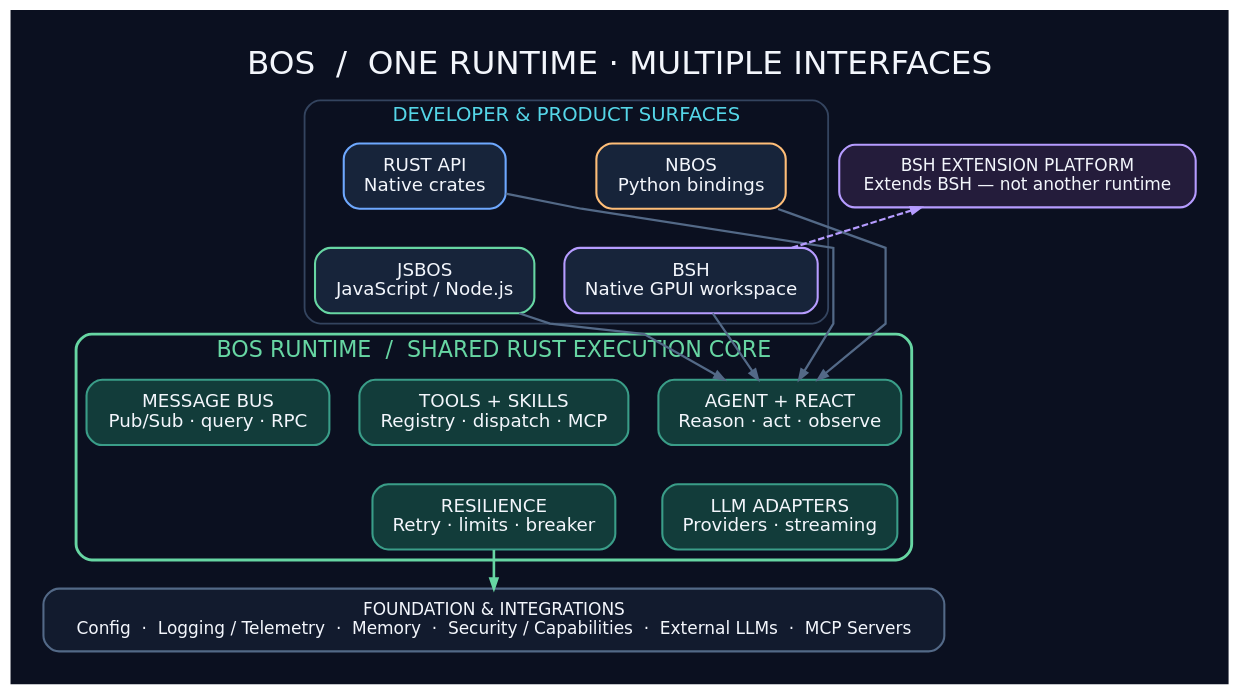
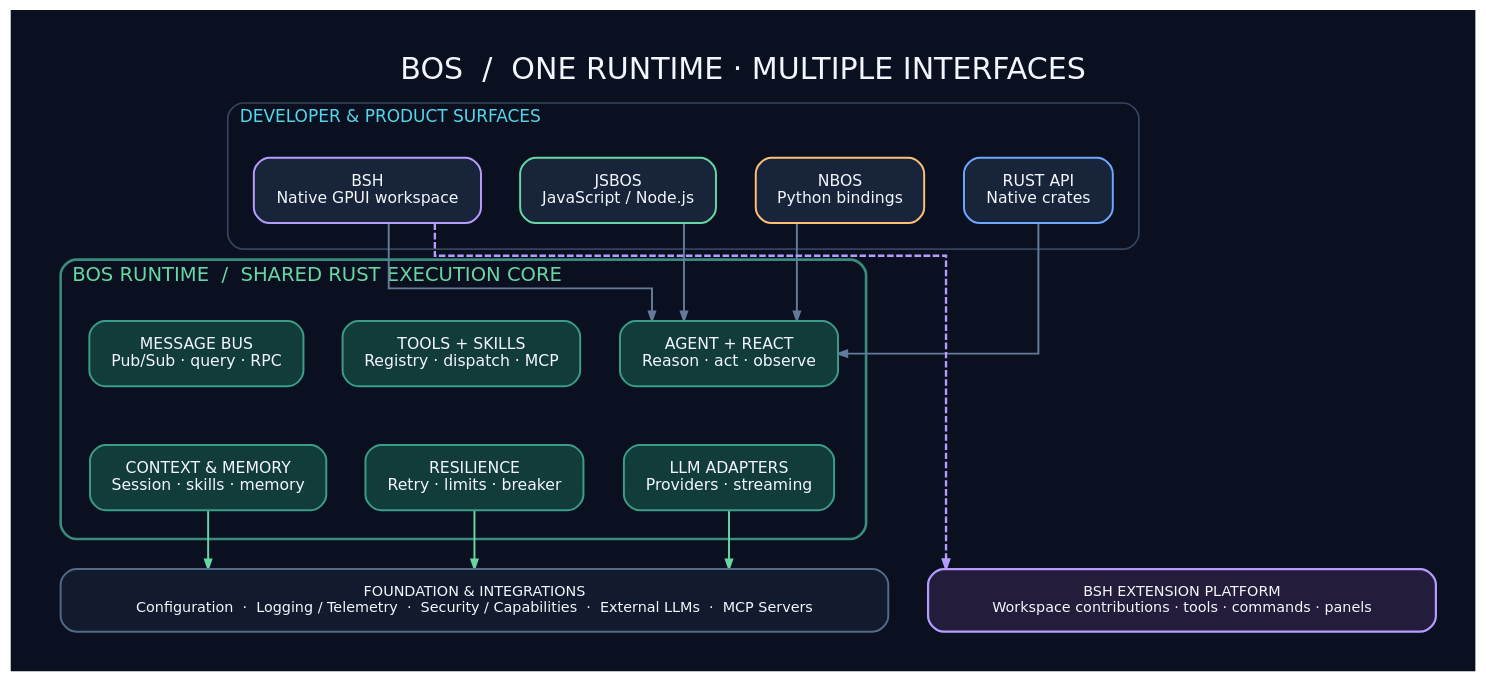
One commit to open1s/bos changed the diagram in docs/diagrams/bos-architecture.dot. Above: the diagram before and after it, drawn with Graphviz. The commit also changed 2 other files, not shown here.

Commit message:
docs: refine architecture diagram layouts (#81)
* docs: improve diagram hierarchy and layout

* docs: improve diagram hierarchy and layout

* docs: improve diagram hierarchy and layout

```diff
--- a/docs/diagrams/bos-architecture.dot
+++ b/docs/diagrams/bos-architecture.dot
@@ -1,28 +1,65 @@
 digraph BOS {
-  graph [bgcolor="#0B1020", pad="0.35", rankdir=TB, nodesep="0.32", ranksep="0.42", splines=polyline, compound=true, fontname="DejaVu Sans", label="BOS  /  ONE RUNTIME · MULTIPLE INTERFACES", labelloc=t, fontsize=25, fontcolor="#F3F6FC"];
-  node [shape=box, style="rounded,filled", fontname="DejaVu Sans", fontsize=14, margin="0.22,0.14", color="#3B506F", fillcolor="#17243A", fontcolor="#F3F6FC", penwidth=1.6];
-  edge [color="#536987", penwidth=1.7, arrowsize=0.75];
-  subgraph cluster_surface { label="DEVELOPER & PRODUCT SURFACES"; color="#34445F"; fontcolor="#55D6E8"; fontsize=15; style="rounded"; penwidth=1.4;
+  graph [
+    bgcolor="#0B1020", pad="0.42", rankdir=TB,
+    nodesep="0.42", ranksep="0.62", splines=ortho,
+    compound=true, newrank=true, outputorder=edgesfirst,
+    fontname="DejaVu Sans", label="BOS  /  ONE RUNTIME · MULTIPLE INTERFACES",
+    labelloc=t, fontsize=23, fontcolor="#F3F6FC"
+  ];
+  node [
+    shape=box, style="rounded,filled", fontname="DejaVu Sans",
+    fontsize=12, margin="0.24,0.16", color="#3B506F",
+    fillcolor="#17243A", fontcolor="#F3F6FC", penwidth=1.5
+  ];
+  edge [color="#647A99", penwidth=1.5, arrowsize=0.7];
+
+  subgraph cluster_surfaces {
+    label="DEVELOPER & PRODUCT SURFACES";
+    labelloc=t; labeljust=l; fontsize=13; fontcolor="#55D6E8";
+    color="#34445F"; style="rounded"; penwidth=1.3; margin=20;
     rust [label="RUST API\nNative crates", color="#6EA8FE"];
     nbos [label="NBOS\nPython bindings", color="#FFBE78"];
     jsbos [label="JSBOS\nJavaScript / Node.js", color="#67D6A3"];
     bsh [label="BSH\nNative GPUI workspace", color="#B69CFF"];
-    {rank=same; rust; nbos;}
-    {rank=same; jsbos; bsh;}
-    rust -> jsbos [style=invis, weight=10]; nbos -> bsh [style=invis, weight=10];
+    {rank=same; rust; nbos; jsbos; bsh;}
   }
-  subgraph cluster_runtime { label="BOS RUNTIME  /  SHARED RUST EXECUTION CORE"; color="#67D6A3"; fontcolor="#67D6A3"; fontsize=17; style="rounded"; penwidth=2.2;
+
+  subgraph cluster_runtime {
+    label="BOS RUNTIME  /  SHARED RUST EXECUTION CORE";
+    labelloc=t; labeljust=l; fontsize=15; fontcolor="#67D6A3";
+    color="#398B7B"; style="rounded"; penwidth=2; margin=22;
     agent [label="AGENT + REACT\nReason · act · observe", fillcolor="#123C3A", color="#3A9D88"];
     tools [label="TOOLS + SKILLS\nRegistry · dispatch · MCP", fillcolor="#123C3A", color="#3A9D88"];
     bus [label="MESSAGE BUS\nPub/Sub · query · RPC", fillcolor="#123C3A", color="#3A9D88"];
     llm [label="LLM ADAPTERS\nProviders · streaming", fillcolor="#123C3A", color="#3A9D88"];
     resilience [label="RESILIENCE\nRetry · limits · breaker", fillcolor="#123C3A", color="#3A9D88"];
+    context [label="CONTEXT & MEMORY\nSession · skills · memory", fillcolor="#123C3A", color="#3A9D88"];
     {rank=same; agent; tools; bus;}
-    {rank=same; llm; resilience;}
-    agent -> llm [style=invis, weight=10]; tools -> resilience [style=invis, weight=10];
+    {rank=same; llm; resilience; context;}
+    agent -> llm [style=invis, weight=12];
+    tools -> resilience [style=invis, weight=12];
+    bus -> context [style=invis, weight=12];
   }
-  foundation [label="FOUNDATION & INTEGRATIONS\nConfig  ·  Logging / Telemetry  ·  Memory  ·  Security / Capabilities  ·  External LLMs  ·  MCP Servers", fillcolor="#121B2E", color="#536987", fontsize=13];
-  ext [label="BSH EXTENSION PLATFORM\nExtends BSH — not another runtime", fillcolor="#241C3B", color="#B69CFF", fontsize=13];
-  rust -> agent; nbos -> agent; jsbos -> agent; bsh -> agent;
-  resilience -> foundation [color="#67D6A3", penwidth=2]; bsh -> ext [style=dashed, color="#B69CFF", constraint=false];
+
+  foundation [
+    label="FOUNDATION & INTEGRATIONS\nConfiguration  ·  Logging / Telemetry  ·  Security / Capabilities  ·  External LLMs  ·  MCP Servers",
+    fillcolor="#121B2E", color="#536987", fontsize=11, penwidth=1.5,
+    width=8.8
+  ];
+
+  extension [
+    label="BSH EXTENSION PLATFORM\nWorkspace contributions · tools · commands · panels",
+    fillcolor="#241C3B", color="#B69CFF", fontsize=11, penwidth=1.7,
+    width=5.4
+  ];
+
+  rust -> agent;
+  nbos -> agent;
+  jsbos -> agent;
+  bsh -> agent;
+  llm -> foundation [color="#67D6A3"];
+  resilience -> foundation [color="#67D6A3"];
+  context -> foundation [color="#67D6A3"];
+  bsh -> extension [style=dashed, color="#B69CFF", penwidth=1.8, constraint=false];
+  {rank=same; foundation; extension;}
 }
```
